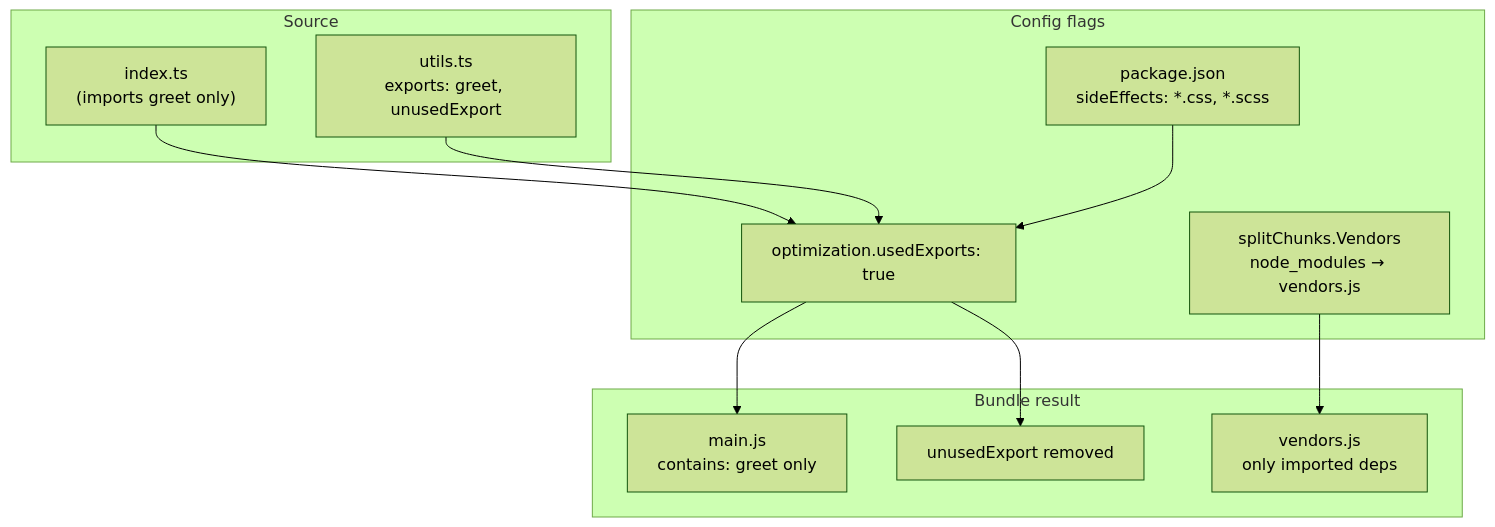
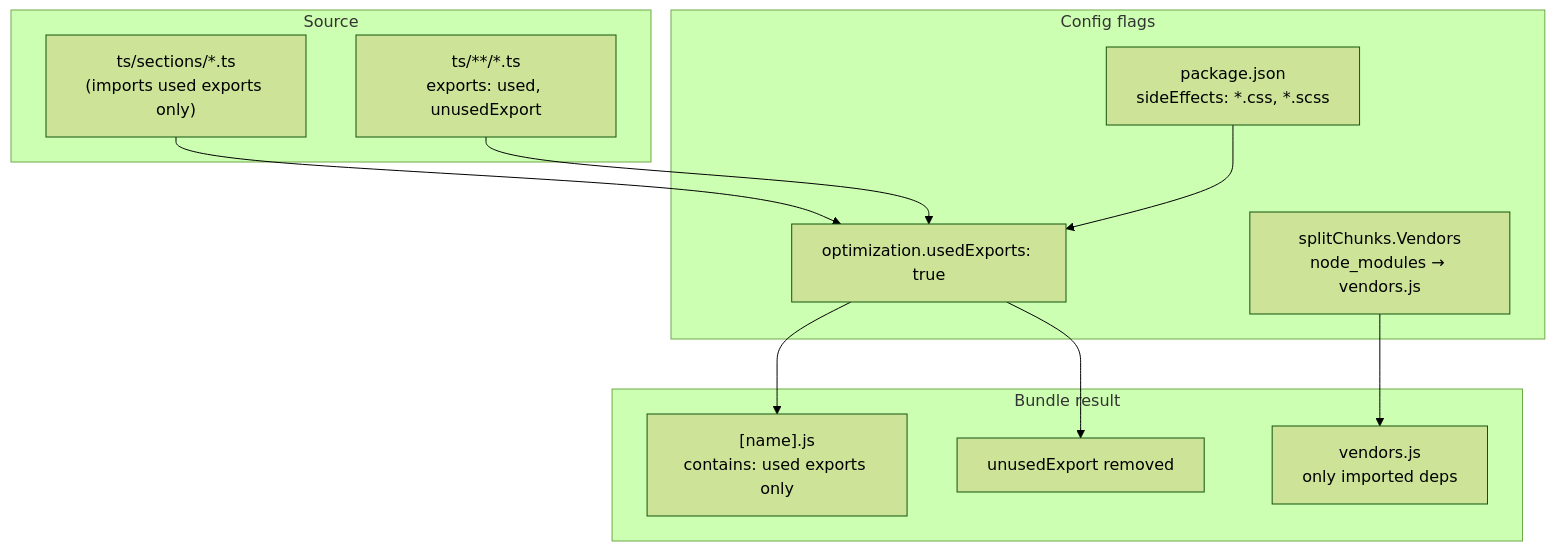
The fourth of 4 diagrams in ARCHITECTURE.md (meenal-sr/DawnThemePrac), drawn with Mermaid (forest theme) before and after one commit. The commit also changed other lines of this file and 1 other file, not shown here.

````diff
--- a/ARCHITECTURE.md
+++ b/ARCHITECTURE.md
@@ -146,26 +149,26 @@
 ```mermaid
 flowchart TB
   subgraph source["Source"]
-    S1["index.ts\n(imports greet only)"]
-    S2["utils.ts\nexports: greet, unusedExport"]
+    S1["ts/sections/*.ts\n(imports used exports only)"]
+    S2["ts/**/*.ts\nexports: used, unusedExport"]
   end
 
   subgraph flags["Config flags"]
     P["package.json\nsideEffects: *.css, *.scss"]
     U["optimization.usedExports: true"]
     V["splitChunks.Vendors\nnode_modules → vendors.js"]
   end
 
   subgraph result["Bundle result"]
-    R1["main.js\ncontains: greet only"]
+    R1["[name].js\ncontains: used exports only"]
     R2["unusedExport removed"]
     R3["vendors.js\nonly imported deps"]
   end
 
   S1 --> U
   S2 --> U
   P --> U
   U --> R1
   U --> R2
   V --> R3
 ```
````
